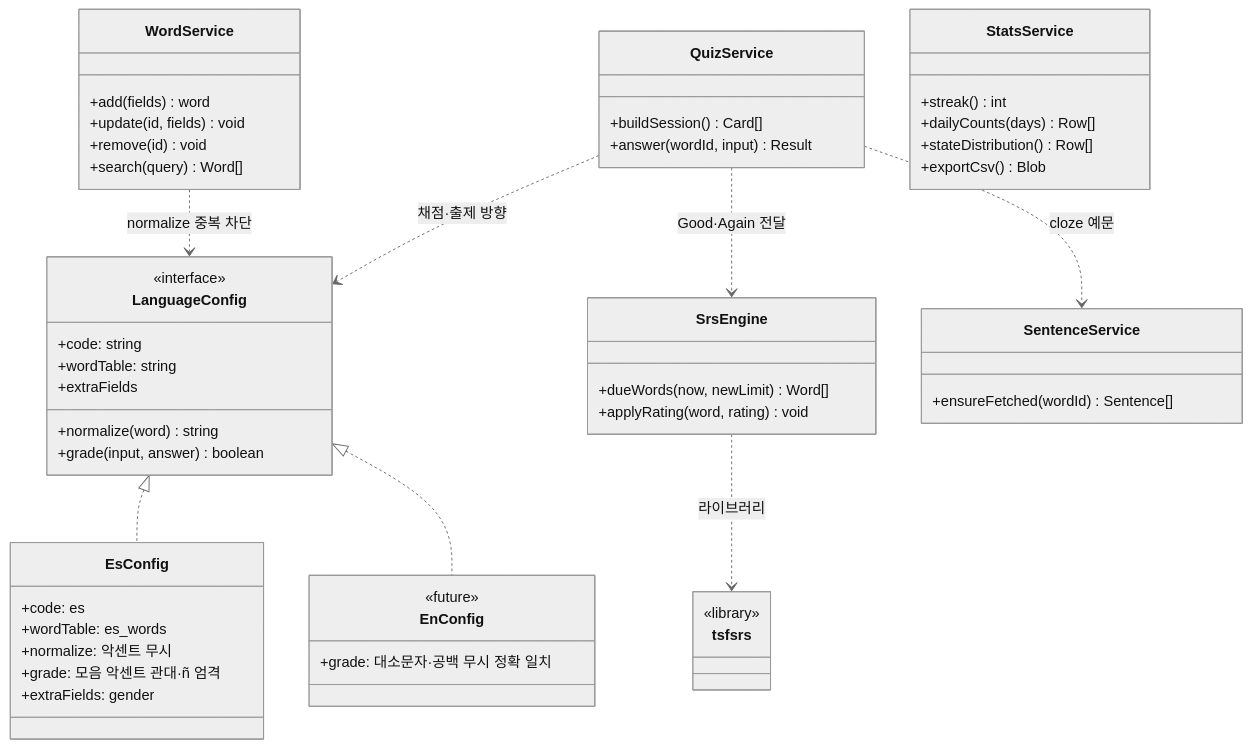
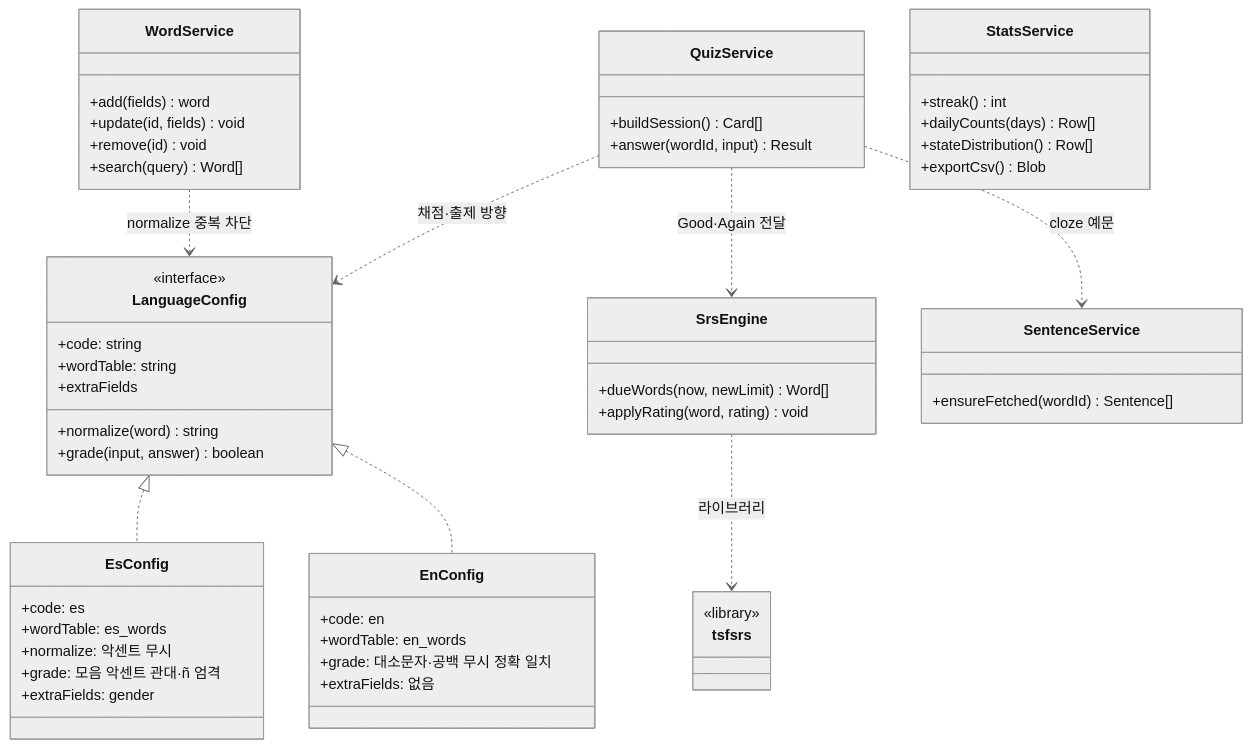
The third of 4 diagrams in docs/15-dcd.md (LeeSongHeon-LSH/LSHobby), drawn with Mermaid (neutral theme) before and after one commit. The commit also changed other lines of this file and 25 other files, not shown here.

````diff
--- a/docs/15-dcd.md
+++ b/docs/15-dcd.md
@@ -64,56 +64,58 @@
 ```mermaid
 classDiagram
     class LanguageConfig {
         <<interface>>
         +code: string
         +wordTable: string
         +normalize(word) string
         +grade(input, answer) boolean
         +extraFields
     }
     class EsConfig {
         +code: es
         +wordTable: es_words
         +normalize: 악센트 무시
         +grade: 모음 악센트 관대·ñ 엄격
         +extraFields: gender
     }
     class EnConfig {
-        <<future>>
+        +code: en
+        +wordTable: en_words
         +grade: 대소문자·공백 무시 정확 일치
+        +extraFields: 없음
     }
     class WordService {
         +add(fields) word
         +update(id, fields) void
         +remove(id) void
         +search(query) Word[]
     }
     class QuizService {
         +buildSession() Card[]
         +answer(wordId, input) Result
     }
     class SrsEngine {
         +dueWords(now, newLimit) Word[]
         +applyRating(word, rating) void
     }
     class StatsService {
         +streak() int
         +dailyCounts(days) Row[]
         +stateDistribution() Row[]
         +exportCsv() Blob
     }
     class SentenceService {
         +ensureFetched(wordId) Sentence[]
     }
 
     LanguageConfig <|.. EsConfig
     LanguageConfig <|.. EnConfig
     WordService ..> LanguageConfig : normalize 중복 차단
     QuizService ..> LanguageConfig : 채점·출제 방향
     QuizService ..> SrsEngine : Good·Again 전달
     QuizService ..> SentenceService : cloze 예문
     SrsEngine ..> tsfsrs : 라이브러리
     class tsfsrs {
         <<library>>
     }
 ```
````
